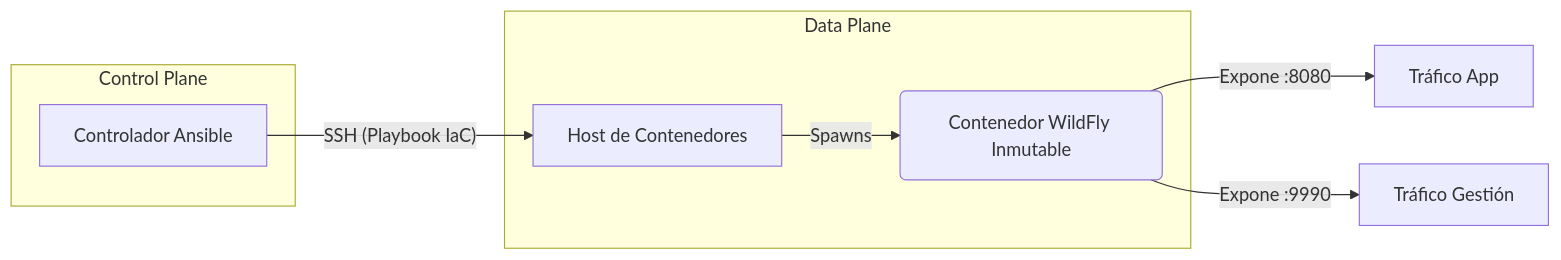
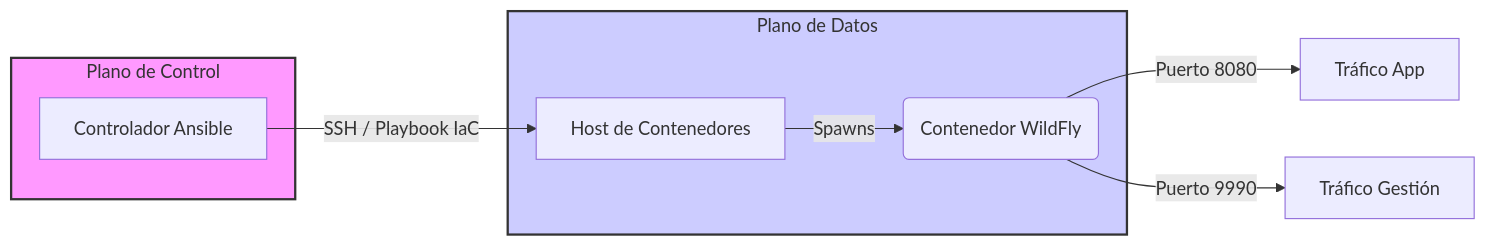
One commit to daniel-zamo/daniel-zamo.github.io changed the diagram in src/content/docs/es/projects/middleware/wildfly-ansible-docker.mdx. Above: the diagram before and after it, drawn with Mermaid. The commit also changed other lines of this file and 3 other files, not shown here.

````diff
--- a/src/content/docs/es/projects/middleware/wildfly-ansible-docker.mdx
+++ b/src/content/docs/es/projects/middleware/wildfly-ansible-docker.mdx
@@ -31,16 +31,19 @@
 ```mermaid
 graph LR
-    subgraph Control Plane
-    A[Controlador Ansible] 
-    end
-    
-    subgraph Data Plane
-    B[Host de Contenedores]
-    C(Contenedor WildFly Inmutable)
+    subgraph Control_Plane [Plano de Control]
+        A[Controlador Ansible]
     end
 
-    A -- "SSH (Playbook IaC)" --> B
-    B -- "Spawns" --> C
-    C -- "Expone :8080" --> D[Tráfico App]
-    C -- "Expone :9990" --> E[Tráfico Gestión]
+    subgraph Data_Plane [Plano de Datos]
+        B[Host de Contenedores]
+        C(Contenedor WildFly)
+    end
+
+    A -- SSH / Playbook IaC --> B
+    B -- Spawns --> C
+    C -- Puerto 8080 --> D[Tráfico App]
+    C -- Puerto 9990 --> E[Tráfico Gestión]
+    
+    style Control_Plane fill:#f9f,stroke:#333,stroke-width:2px
+    style Data_Plane fill:#ccf,stroke:#333,stroke-width:2px
 ```
````
